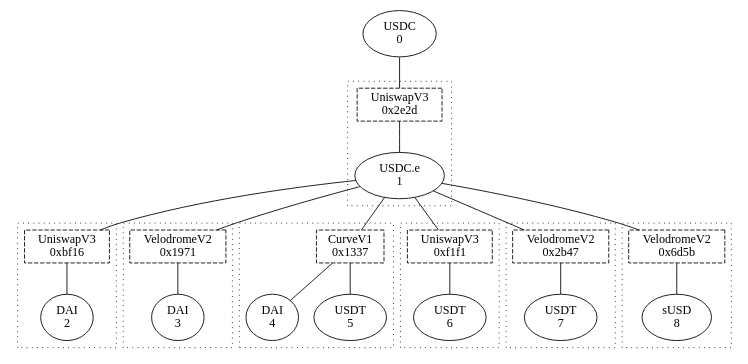
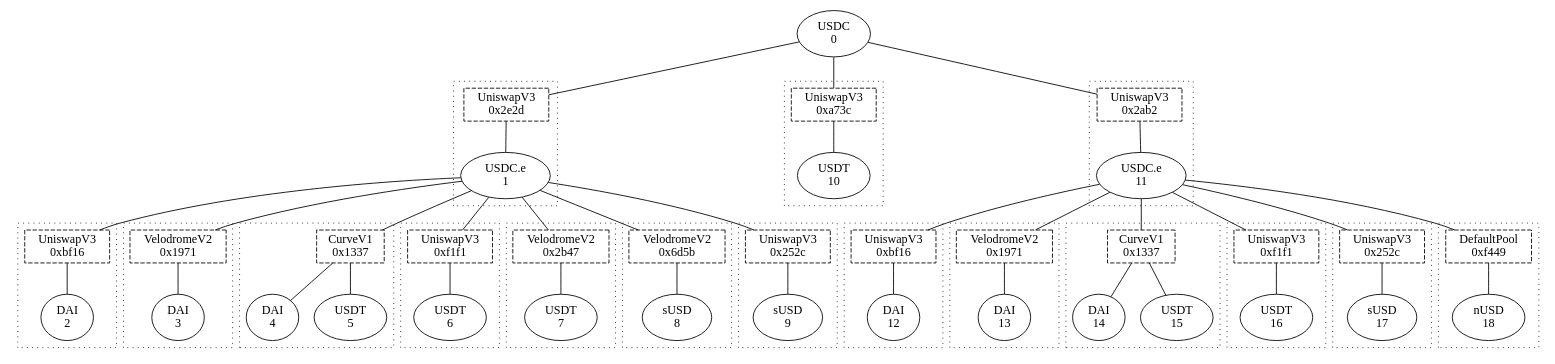
One commit to synapsecns/synapse-contracts changed the diagram in script/configs/optimism/LinkedPool.CCTP.USDC.dot. Above: the diagram before and after it, drawn with Graphviz. The commit also changed 2 other files, not shown here.

Commit message:
More external pools to the USDC LinkedPool config

```diff
--- a/script/configs/optimism/LinkedPool.CCTP.USDC.dot
+++ b/script/configs/optimism/LinkedPool.CCTP.USDC.dot
@@ -1,89 +1,199 @@
 graph G {
     token0 [label = "USDC\n0";];
     token1 [label = "USDC.e\n1";];
     token2 [label = "DAI\n2";];
     token3 [label = "DAI\n3";];
     token4 [label = "DAI\n4";];
     token5 [label = "USDT\n5";];
     token6 [label = "USDT\n6";];
     token7 [label = "USDT\n7";];
     token8 [label = "sUSD\n8";];
+    token9 [label = "sUSD\n9";];
+    token10 [label = "USDT\n10";];
+    token11 [label = "USDC.e\n11";];
+    token12 [label = "DAI\n12";];
+    token13 [label = "DAI\n13";];
+    token14 [label = "DAI\n14";];
+    token15 [label = "USDT\n15";];
+    token16 [label = "USDT\n16";];
+    token17 [label = "sUSD\n17";];
+    token18 [label = "nUSD\n18";];
     pool0 [label = "UniswapV3\n0x2e2d";shape = rect;style = dashed;];
     token0 -- pool0;
     subgraph cluster0 {
         style = dotted;
         pool0 -- token1;
         subgraph {
             rank = same;
             edge [style = invis;];
             token1;
         }
     }
     pool1 [label = "UniswapV3\n0xbf16";shape = rect;style = dashed;];
     token1 -- pool1;
     subgraph cluster1 {
         style = dotted;
         pool1 -- token2;
         subgraph {
             rank = same;
             edge [style = invis;];
             token2;
         }
     }
     pool2 [label = "VelodromeV2\n0x1971";shape = rect;style = dashed;];
     token1 -- pool2;
     subgraph cluster2 {
         style = dotted;
         pool2 -- token3;
         subgraph {
             rank = same;
             edge [style = invis;];
             token3;
         }
     }
     pool3 [label = "CurveV1\n0x1337";shape = rect;style = dashed;];
     token1 -- pool3;
     subgraph cluster3 {
         style = dotted;
         pool3 -- token4;
         pool3 -- token5;
         subgraph {
             rank = same;
             edge [style = invis;];
             token4 -- token5;
         }
     }
     pool4 [label = "UniswapV3\n0xf1f1";shape = rect;style = dashed;];
     token1 -- pool4;
     subgraph cluster4 {
         style = dotted;
         pool4 -- token6;
         subgraph {
             rank = same;
             edge [style = invis;];
             token6;
         }
     }
     pool5 [label = "VelodromeV2\n0x2b47";shape = rect;style = dashed;];
     token1 -- pool5;
     subgraph cluster5 {
         style = dotted;
         pool5 -- token7;
         subgraph {
             rank = same;
             edge [style = invis;];
             token7;
         }
     }
     pool6 [label = "VelodromeV2\n0x6d5b";shape = rect;style = dashed;];
     token1 -- pool6;
     subgraph cluster6 {
         style = dotted;
         pool6 -- token8;
         subgraph {
             rank = same;
             edge [style = invis;];
             token8;
         }
     }
+    pool7 [label = "UniswapV3\n0x252c";shape = rect;style = dashed;];
+    token1 -- pool7;
+    subgraph cluster7 {
+        style = dotted;
+        pool7 -- token9;
+        subgraph {
+            rank = same;
+            edge [style = invis;];
+            token9;
+        }
+    }
+    pool8 [label = "UniswapV3\n0xa73c";shape = rect;style = dashed;];
+    token0 -- pool8;
+    subgraph cluster8 {
+        style = dotted;
+        pool8 -- token10;
+        subgraph {
+            rank = same;
+            edge [style = invis;];
+            token10;
+        }
+    }
+    pool9 [label = "UniswapV3\n0x2ab2";shape = rect;style = dashed;];
+    token0 -- pool9;
+    subgraph cluster9 {
+        style = dotted;
+        pool9 -- token11;
+        subgraph {
+            rank = same;
+            edge [style = invis;];
+            token11;
+        }
+    }
+    pool10 [label = "UniswapV3\n0xbf16";shape = rect;style = dashed;];
+    token11 -- pool10;
+    subgraph cluster10 {
+        style = dotted;
+        pool10 -- token12;
+        subgraph {
+            rank = same;
+            edge [style = invis;];
+            token12;
+        }
+    }
+    pool11 [label = "VelodromeV2\n0x1971";shape = rect;style = dashed;];
+    token11 -- pool11;
+    subgraph cluster11 {
+        style = dotted;
+        pool11 -- token13;
+        subgraph {
+            rank = same;
+            edge [style = invis;];
+            token13;
+        }
+    }
+    pool12 [label = "CurveV1\n0x1337";shape = rect;style = dashed;];
+    token11 -- pool12;
+    subgraph cluster12 {
+        style = dotted;
+        pool12 -- token14;
+        pool12 -- token15;
+        subgraph {
+            rank = same;
+            edge [style = invis;];
+            token14 -- token15;
+        }
+    }
+    pool13 [label = "UniswapV3\n0xf1f1";shape = rect;style = dashed;];
+    token11 -- pool13;
+    subgraph cluster13 {
+        style = dotted;
+        pool13 -- token16;
+        subgraph {
+            rank = same;
+            edge [style = invis;];
+            token16;
+        }
+    }
+    pool14 [label = "UniswapV3\n0x252c";shape = rect;style = dashed;];
+    token11 -- pool14;
+    subgraph cluster14 {
+        style = dotted;
+        pool14 -- token17;
+        subgraph {
+            rank = same;
+            edge [style = invis;];
+            token17;
+        }
+    }
+    pool15 [label = "DefaultPool\n0xf449";shape = rect;style = dashed;];
+    token11 -- pool15;
+    subgraph cluster15 {
+        style = dotted;
+        pool15 -- token18;
+        subgraph {
+            rank = same;
+            edge [style = invis;];
+            token18;
+        }
+    }
 }
```
